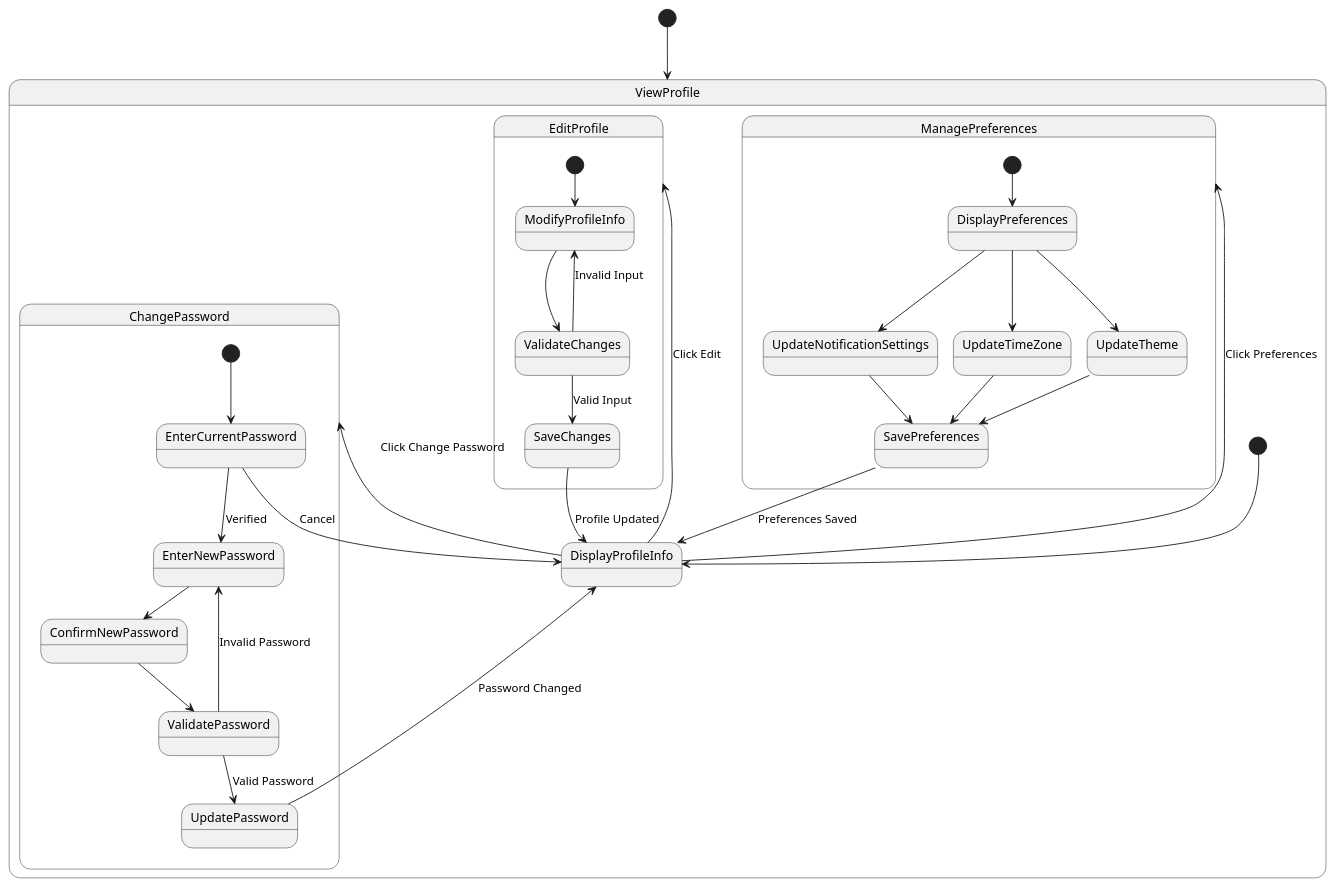
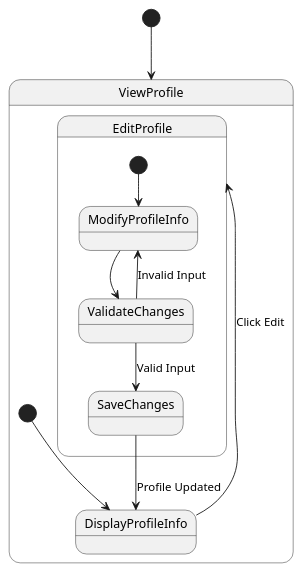
Before and after one commit to rofidakhaled/On-Time: the diagram in diagrams/profile_management_state.puml, drawn with PlantUML. The commit also changed 7 other files, not shown here.

Commit message:
updated state diagrams

```diff
--- a/diagrams/profile_management_state.puml
+++ b/diagrams/profile_management_state.puml
@@ -1,42 +1,21 @@
 @startuml Profile Management State Diagram
 
 [*] --> ViewProfile
 
 state ViewProfile {
     [*] --> DisplayProfileInfo
     DisplayProfileInfo --> EditProfile : Click Edit
-    DisplayProfileInfo --> ChangePassword : Click Change Password
-    DisplayProfileInfo --> ManagePreferences : Click Preferences
+
+
 }
 
 state EditProfile {
     [*] --> ModifyProfileInfo
     ModifyProfileInfo --> ValidateChanges
     ValidateChanges --> SaveChanges : Valid Input
     ValidateChanges --> ModifyProfileInfo : Invalid Input
     SaveChanges --> DisplayProfileInfo : Profile Updated
 }
 
-state ChangePassword {
-    [*] --> EnterCurrentPassword
-    EnterCurrentPassword --> EnterNewPassword : Verified
-    EnterNewPassword --> ConfirmNewPassword
-    ConfirmNewPassword --> ValidatePassword
-    ValidatePassword --> UpdatePassword : Valid Password
-    ValidatePassword --> EnterNewPassword : Invalid Password
-    UpdatePassword --> DisplayProfileInfo : Password Changed
-    EnterCurrentPassword --> DisplayProfileInfo : Cancel
-}
-
-state ManagePreferences {
-    [*] --> DisplayPreferences
-    DisplayPreferences --> UpdateNotificationSettings
-    DisplayPreferences --> UpdateTimeZone
-    DisplayPreferences --> UpdateTheme
-    UpdateNotificationSettings --> SavePreferences
-    UpdateTimeZone --> SavePreferences
-    UpdateTheme --> SavePreferences
-    SavePreferences --> DisplayProfileInfo : Preferences Saved
-}
 
 @enduml
```
